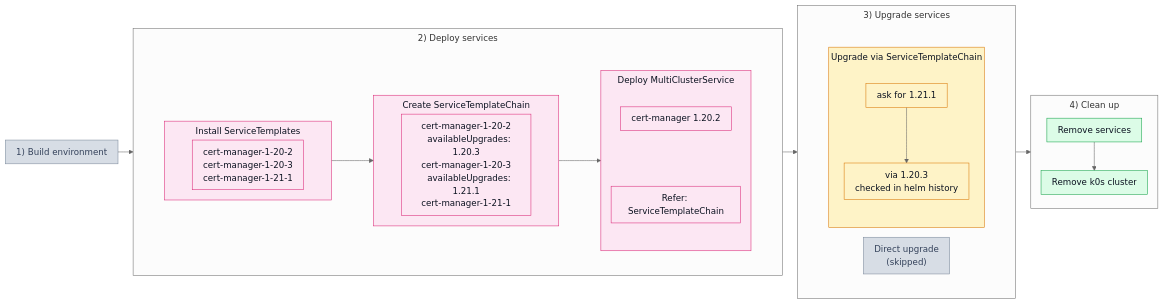
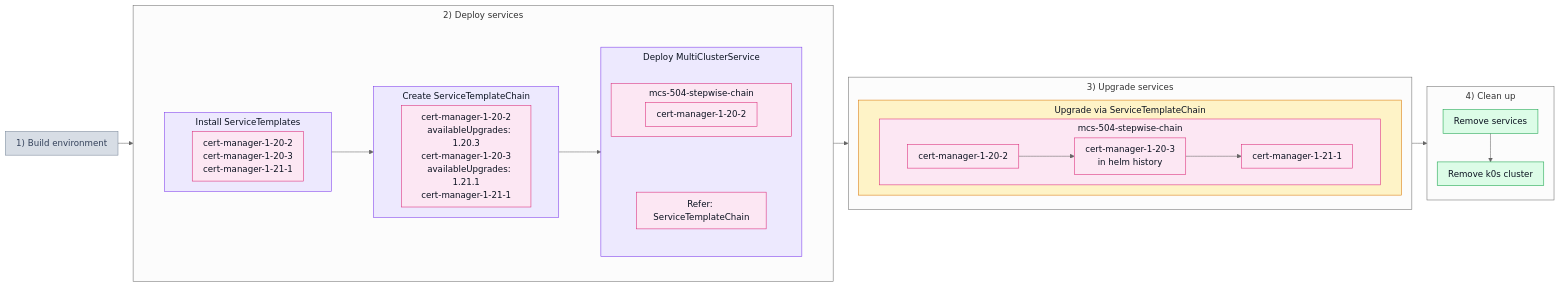
One commit to josef-hak/ksm-tests changed the diagram in test_scenarios/504_stepwise_chain.md. Above: the diagram before and after it, drawn with Mermaid (neutral theme). The commit also changed 9 other files, not shown here.

Commit message:
docs: apply the 301 schema style to the other scenarios

````diff
--- a/test_scenarios/504_stepwise_chain.md
+++ b/test_scenarios/504_stepwise_chain.md
@@ -16,55 +16,58 @@
 ```mermaid
 %%{init: {'flowchart': {'padding': 10, 'nodeSpacing': 18, 'rankSpacing': 28, 'subGraphTitleMargin': {'top': 6, 'bottom': 10}}}}%%
 flowchart LR
     P1["1) Build environment"]
 
     subgraph P2["2) Deploy services"]
         subgraph W2[" "]
             direction LR
             subgraph D1["Install ServiceTemplates"]
                 T1["cert-manager-1-20-2<br/>cert-manager-1-20-3<br/>cert-manager-1-21-1"]
             end
 
             subgraph D3["Create ServiceTemplateChain"]
                 H1["cert-manager-1-20-2<br/>&nbsp;&nbsp;&nbsp;availableUpgrades: 1.20.3<br/>cert-manager-1-20-3<br/>&nbsp;&nbsp;&nbsp;availableUpgrades: 1.21.1<br/>cert-manager-1-21-1"]
             end
 
             subgraph D2["Deploy MultiClusterService"]
                 direction TB
-                M1["cert-manager 1.20.2"] ~~~ R1["Refer: ServiceTemplateChain"]
+                subgraph DM["mcs-504-stepwise-chain"]
+                    M1["cert-manager-1-20-2"]
+                end
+
+                DM ~~~ R1["Refer: ServiceTemplateChain"]
             end
 
             D1 --> D3 --> D2
         end
     end
 
     subgraph P3["3) Upgrade services"]
-        subgraph W3[" "]
-            direction LR
-            U1["Direct upgrade<br/>(skipped)"]
-
-            subgraph U2["Upgrade via ServiceTemplateChain"]
-                direction TB
-                S1["ask for 1.21.1"] --> S2["via 1.20.3<br/>checked in helm history"]
+        subgraph U2["Upgrade via ServiceTemplateChain"]
+            subgraph UM["mcs-504-stepwise-chain"]
+                direction LR
+                V1["cert-manager-1-20-2"] --> V2["cert-manager-1-20-3<br/>in helm history"] --> V3["cert-manager-1-21-1"]
             end
         end
     end
 
     subgraph P4["4) Clean up"]
         C1["Remove services"] --> C2["Remove k0s cluster"]
     end
 
     P1 --> P2 --> P3 --> P4
 
     classDef off fill:#d7dde5,stroke:#7c8a9c,color:#33415a
+    classDef purple fill:#ede9fe,stroke:#7c3aed,color:#0b1220
     classDef pink fill:#fce7f3,stroke:#db2777,color:#0b1220
     classDef amber fill:#fef3c7,stroke:#d97706,color:#0b1220
     classDef green fill:#dcfce7,stroke:#16a34a,color:#0b1220
     classDef bare fill:none,stroke:none
 
-    class P1,U1 off
-    class D1,D2,D3,T1,H1,M1,R1 pink
-    class U2,S1,S2 amber
+    class P1 off
+    class D1,D2,D3 purple
+    class DM,T1,H1,M1,R1,UM,V1,V2,V3 pink
+    class U2 amber
     class C1,C2 green
-    class W2,W3 bare
+    class W2 bare
 ```
````
